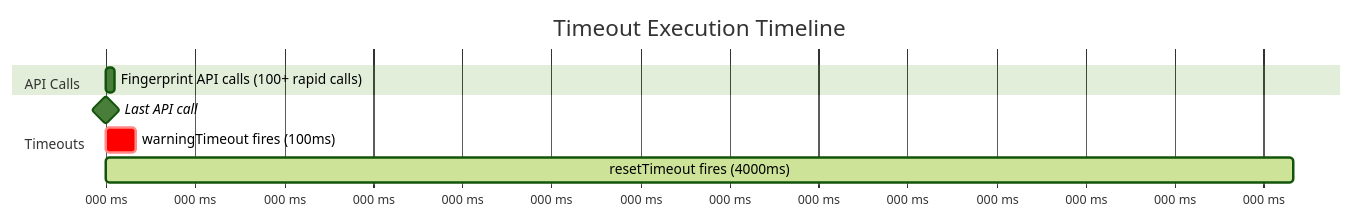
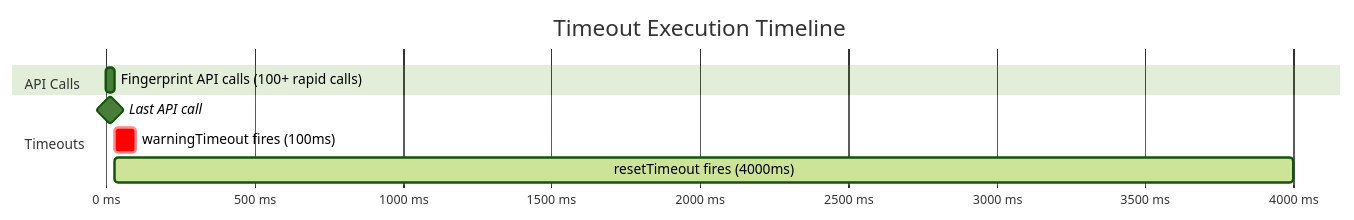
The first of 2 diagrams in README.md (seancvr/fingerprint_detection), drawn with Mermaid (forest theme) before and after one commit. The commit also changed other lines of this file, not shown here.

````diff
--- a/README.md
+++ b/README.md
@@ -184,14 +184,14 @@
 ```mermaid
 gantt
     title Timeout Execution Timeline
-    dateFormat X
-    axisFormat %L ms
+    dateFormat x
+    axisFormat %Q ms
 
     section API Calls
     Fingerprint API calls (100+ rapid calls) :0, 30
 
     section Timeouts
     Last API call :milestone, 30, 0
     warningTimeout fires (100ms) :crit, 30, 100
     resetTimeout fires (4000ms) :active, 30, 4000
 ```
````
